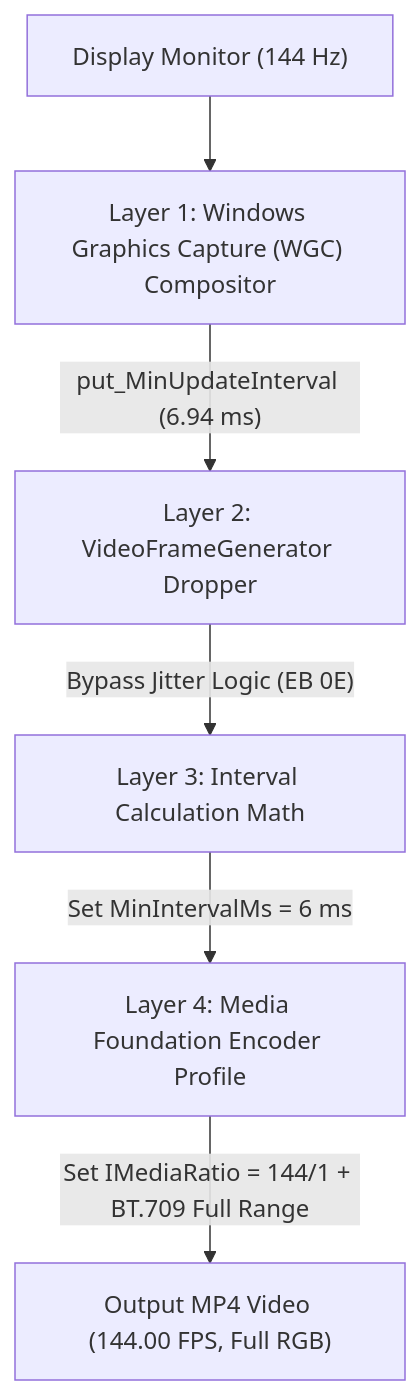
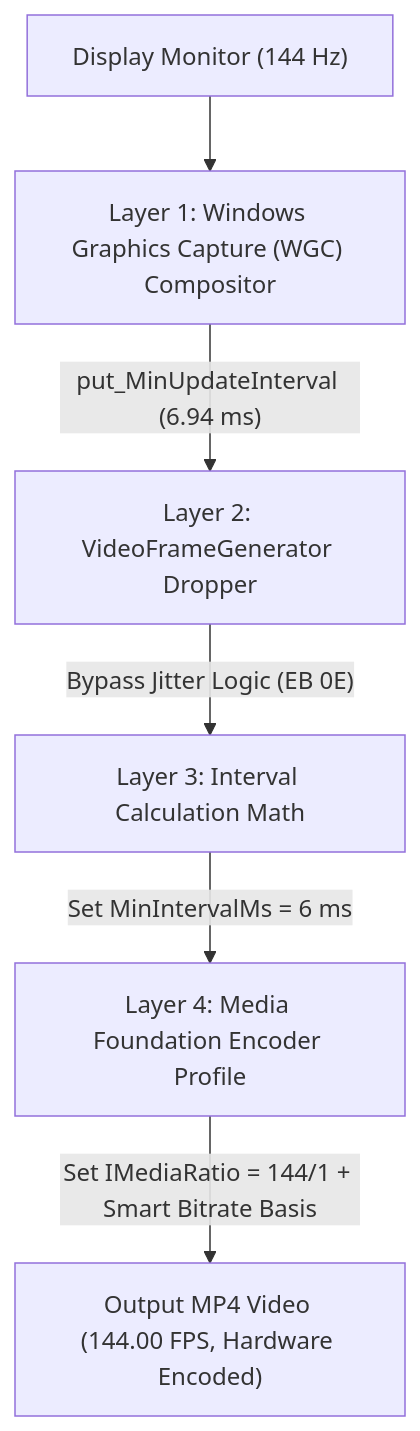
Before and after one commit to BMQ-1/High-Snipping-Frames: the diagram in README.md, drawn with Mermaid. The commit also changed other lines of this file and 16 other files, not shown here.

````diff
--- a/README.md
+++ b/README.md
@@ -83,8 +85,8 @@
 ```mermaid
 flowchart TD
     A["Display Monitor (144 Hz)"] --> B["Layer 1: Windows Graphics Capture (WGC) Compositor"]
     B -->|"put_MinUpdateInterval (6.94 ms)"| C["Layer 2: VideoFrameGenerator Dropper"]
     C -->|"Bypass Jitter Logic (EB 0E)"| D["Layer 3: Interval Calculation Math"]
     D -->|"Set MinIntervalMs = 6 ms"| E["Layer 4: Media Foundation Encoder Profile"]
-    E -->|"Set IMediaRatio = 144/1 + BT.709 Full Range"| F["Output MP4 Video (144.00 FPS, Full RGB)"]
+    E -->|"Set IMediaRatio = 144/1 + Smart Bitrate Basis"| F["Output MP4 Video (144.00 FPS, Hardware Encoded)"]
 ```
````
